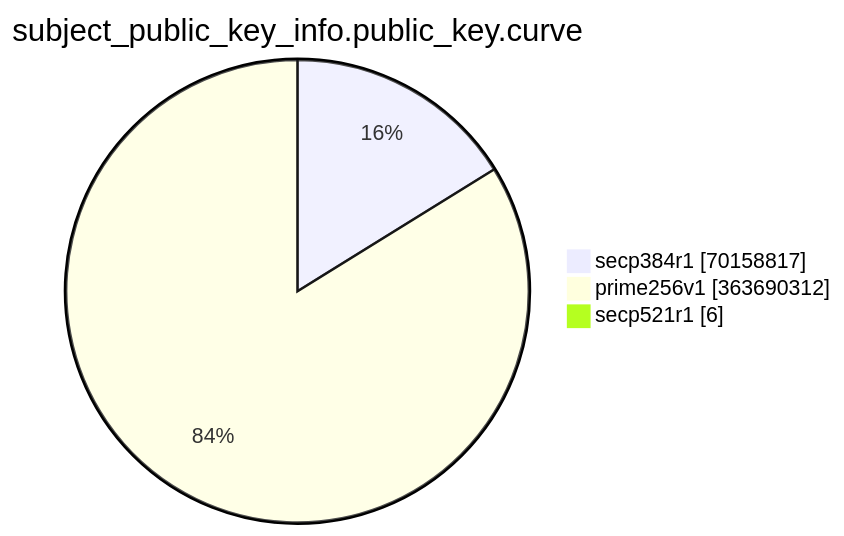
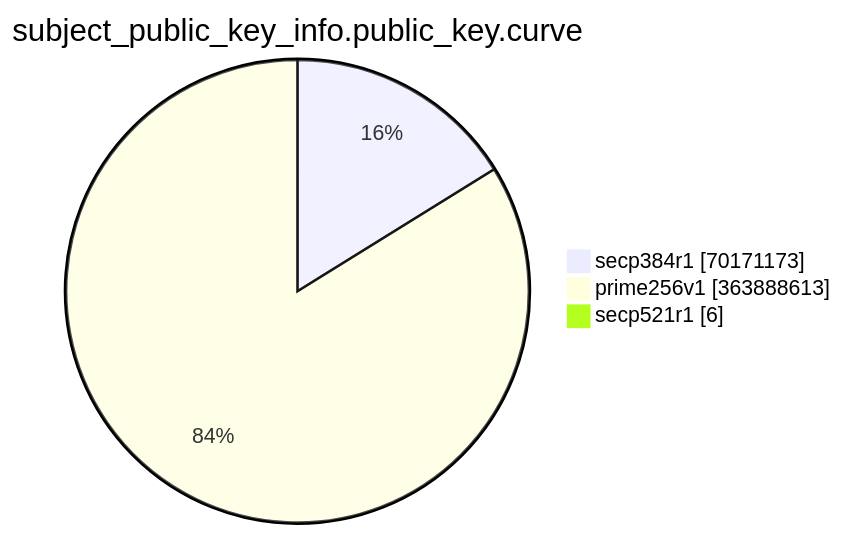
The eighth of 15 diagrams in TOTAL/README.md (christiankrug/ctmonitor_visualization), drawn with Mermaid before and after one commit. The commit also changed other lines of this file, not shown here.

````diff
--- a/TOTAL/README.md
+++ b/TOTAL/README.md
@@ -3090,7 +3091,7 @@
 ```mermaid
 pie showData
 title subject_public_key_info.public_key.curve
-"secp384r1" :70158817
-"prime256v1" :363690312
+"secp384r1" :70171173
+"prime256v1" :363888613
 "secp521r1" :6
 ```
````
